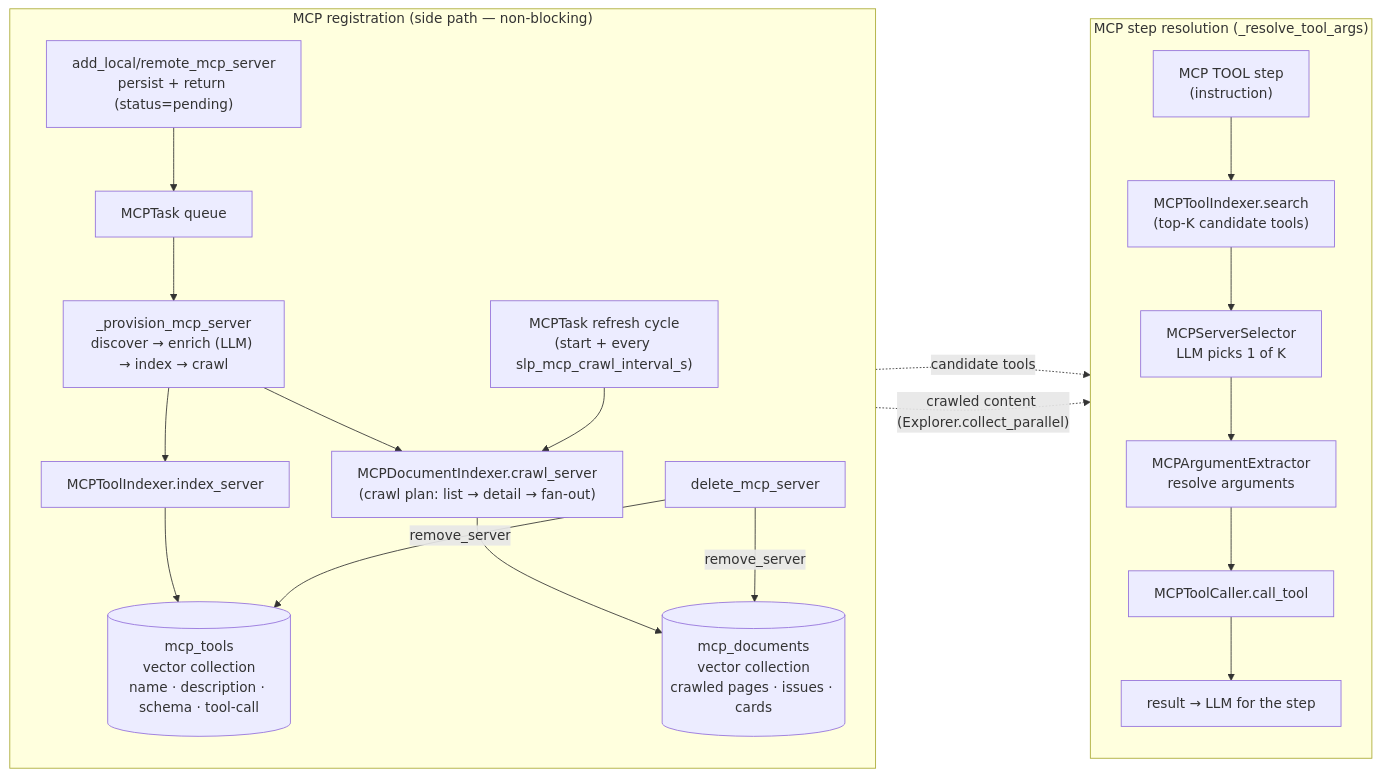
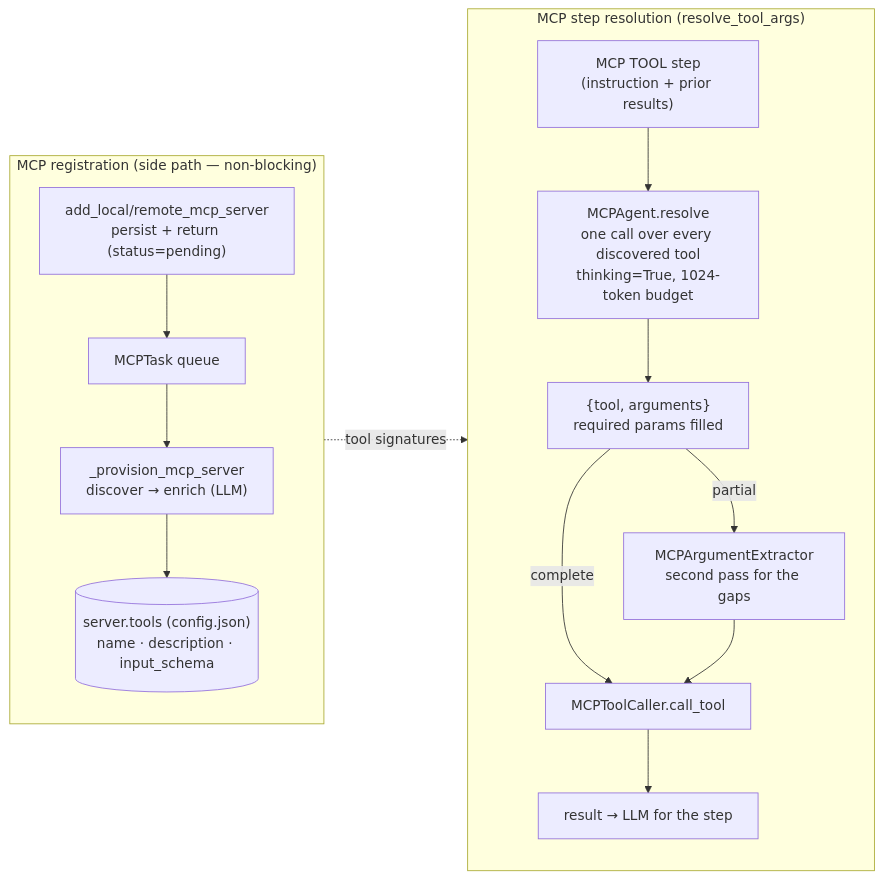
The second of 2 diagrams in diagrams/agent-flow.md (smartloop-labs/smartloop), drawn with Mermaid before and after one commit. The commit also changed other lines of this file and 64 other files, not shown here.

````diff
--- a/diagrams/agent-flow.md
+++ b/diagrams/agent-flow.md
@@ -42,27 +42,21 @@
 ```mermaid
 flowchart LR
     subgraph REG["MCP registration (side path — non-blocking)"]
         direction TB
         ADD["add_local/remote_mcp_server<br/>persist + return (status=pending)"] --> QUEUE["MCPTask queue"]
-        QUEUE --> PROV["_provision_mcp_server<br/>discover → enrich (LLM) → index → crawl"]
-        PROV --> IDX["MCPToolIndexer.index_server"]
-        IDX --> VEC[("mcp_tools<br/>vector collection<br/>name · description · schema · tool-call")]
-        PROV --> CRAWL["MCPDocumentIndexer.crawl_server<br/>(crawl plan: list → detail → fan-out)"]
-        CRAWL --> DOCS[("mcp_documents<br/>vector collection<br/>crawled pages · issues · cards")]
-        CYCLE["MCPTask refresh cycle<br/>(start + every slp_mcp_crawl_interval_s)"] --> CRAWL
-        DEL["delete_mcp_server"] -->|remove_server| VEC
-        DEL -->|remove_server| DOCS
+        QUEUE --> PROV["_provision_mcp_server<br/>discover → enrich (LLM)"]
+        PROV --> TOOLS[("server.tools (config.json)<br/>name · description · input_schema")]
     end
 
-    subgraph RESOLVE["MCP step resolution (_resolve_tool_args)"]
+    subgraph RESOLVE["MCP step resolution (resolve_tool_args)"]
         direction TB
-        STEP["MCP TOOL step<br/>(instruction)"] --> Q["MCPToolIndexer.search<br/>(top-K candidate tools)"]
-        Q --> PICK["MCPServerSelector<br/>LLM picks 1 of K"]
-        PICK --> ARGS["MCPArgumentExtractor<br/>resolve arguments"]
-        ARGS --> CALL["MCPToolCaller.call_tool"]
+        STEP["MCP TOOL step<br/>(instruction + prior results)"] --> RESV["MCPAgent.resolve<br/>one call over every discovered tool<br/>thinking=True, 1024-token budget"]
+        RESV --> CHOSE["{tool, arguments}<br/>required params filled"]
+        CHOSE -->|"complete"| CALL["MCPToolCaller.call_tool"]
+        CHOSE -->|"partial"| ARGS["MCPArgumentExtractor<br/>second pass for the gaps"]
+        ARGS --> CALL
         CALL --> RES["result → LLM for the step"]
     end
 
-    VEC -. "candidate tools" .-> Q
-    DOCS -. "crawled content (Explorer.collect_parallel)" .-> STEP
+    TOOLS -. "tool signatures" .-> RESV
 ```
````
